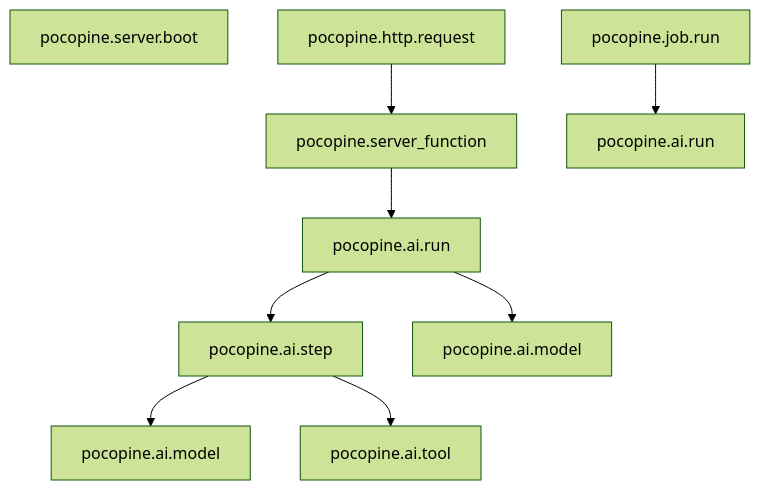
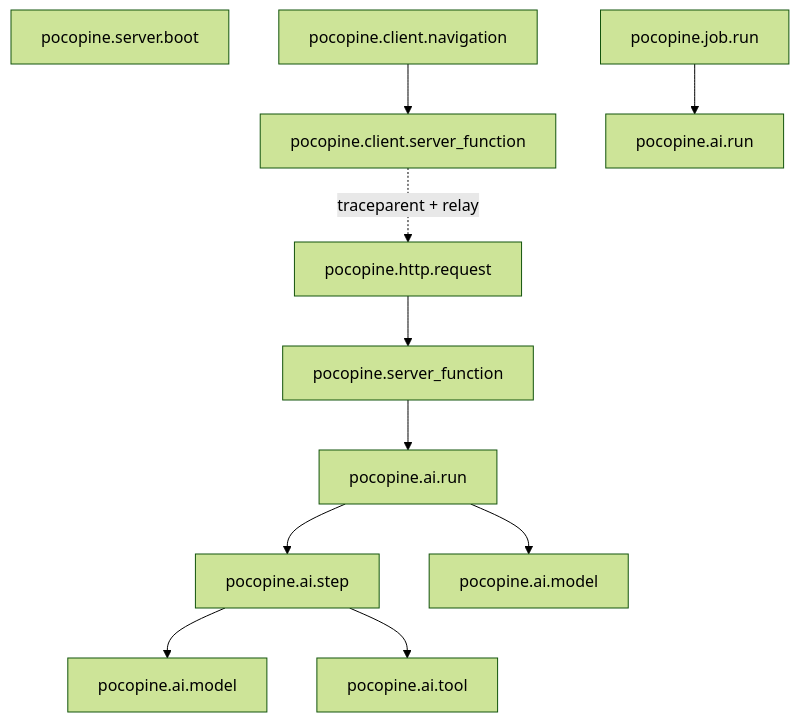
One commit to mambisi/pocopine changed the diagram in rfcs/rfc-123-span-space.md. Above: the diagram before and after it, drawn with Mermaid (forest theme). The commit also changed other lines of this file, not shown here.

First line of the commit message:
docs(rfc-123): the client end is in scope — browser spans, one trace per page view, and the relay (§5.5, Phase 5)

````diff
--- a/rfcs/rfc-123-span-space.md
+++ b/rfcs/rfc-123-span-space.md
@@ -88,11 +97,13 @@
 ```mermaid
 flowchart TD
     B[pocopine.server.boot]
+    CN[pocopine.client.navigation] --> CS[pocopine.client.server_function]
+    CS -. traceparent + relay .-> H
     H[pocopine.http.request] --> S[pocopine.server_function]
     S --> R[pocopine.ai.run]
     J[pocopine.job.run] --> R2[pocopine.ai.run]
     R --> ST[pocopine.ai.step]
     ST --> M[pocopine.ai.model]
     ST --> T[pocopine.ai.tool]
     R --> M2[pocopine.ai.model]
 ```
````
